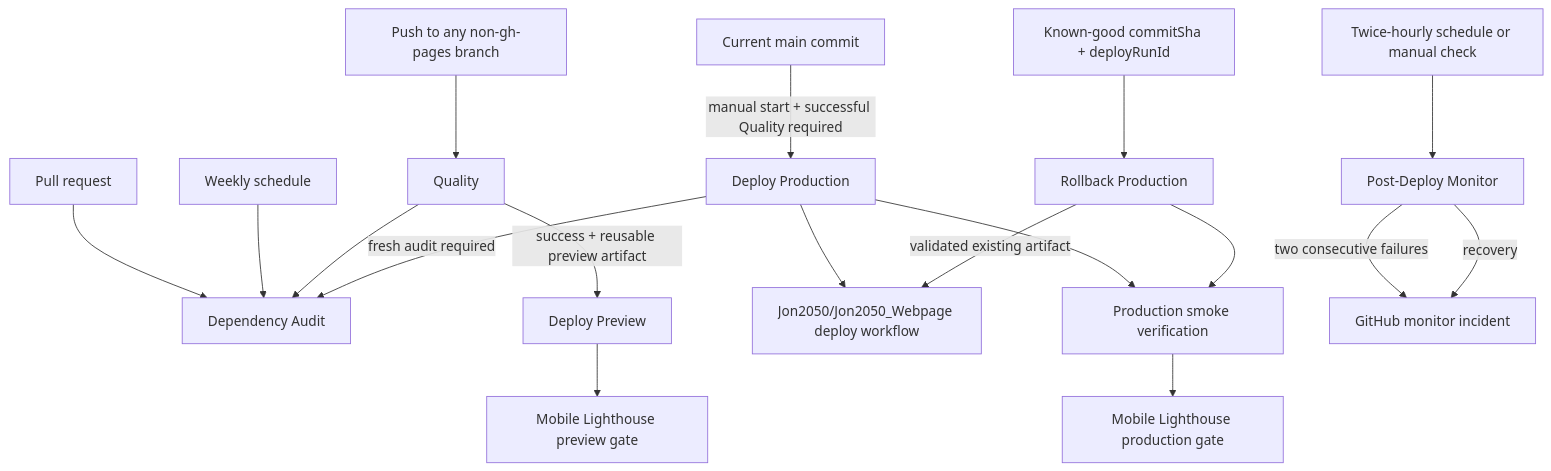
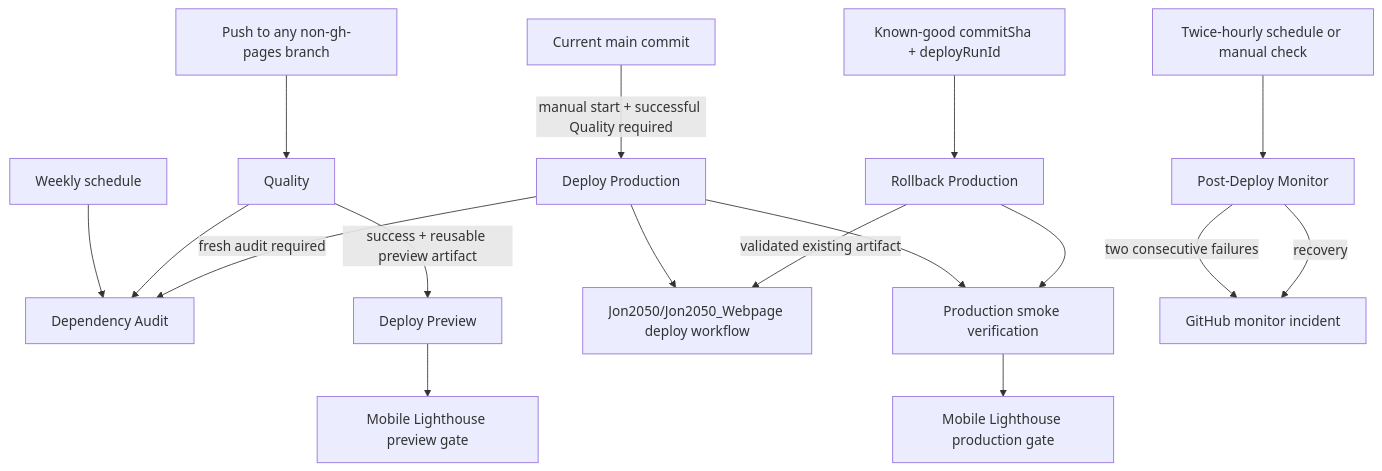
One commit to Jon2050/Conspectus-Mobile changed the diagram in docs/CI-CD-Pipelines.md. Above: the diagram before and after it, drawn with Mermaid. The commit also changed other lines of this file and 11 other files, not shown here.

````diff
--- a/docs/CI-CD-Pipelines.md
+++ b/docs/CI-CD-Pipelines.md
@@ -23,20 +23,20 @@
 ```mermaid
 flowchart TD
   Push[Push to any non-gh-pages branch] --> Quality[Quality]
-  PR[Pull request] --> Audit[Dependency Audit]
+  Audit[Dependency Audit]
   Schedule[Weekly schedule] --> Audit
   Quality --> Audit
   Quality -->|success + reusable preview artifact| Preview[Deploy Preview]
   Preview --> PreviewLighthouse[Mobile Lighthouse preview gate]
   Main[Current main commit] -->|manual start + successful Quality required| Production[Deploy Production]
   Production -->|fresh audit required| Audit
   Production --> Website[Jon2050/Jon2050_Webpage deploy workflow]
   Production --> Smoke[Production smoke verification]
   Smoke --> ProductionLighthouse[Mobile Lighthouse production gate]
   KnownGood[Known-good commitSha + deployRunId] --> Rollback[Rollback Production]
   Rollback -->|validated existing artifact| Website
   Rollback --> Smoke
   MonitorSchedule[Twice-hourly schedule or manual check] --> Monitor[Post-Deploy Monitor]
   Monitor -->|two consecutive failures| Incident[GitHub monitor incident]
   Monitor -->|recovery| Incident
 ```
````
